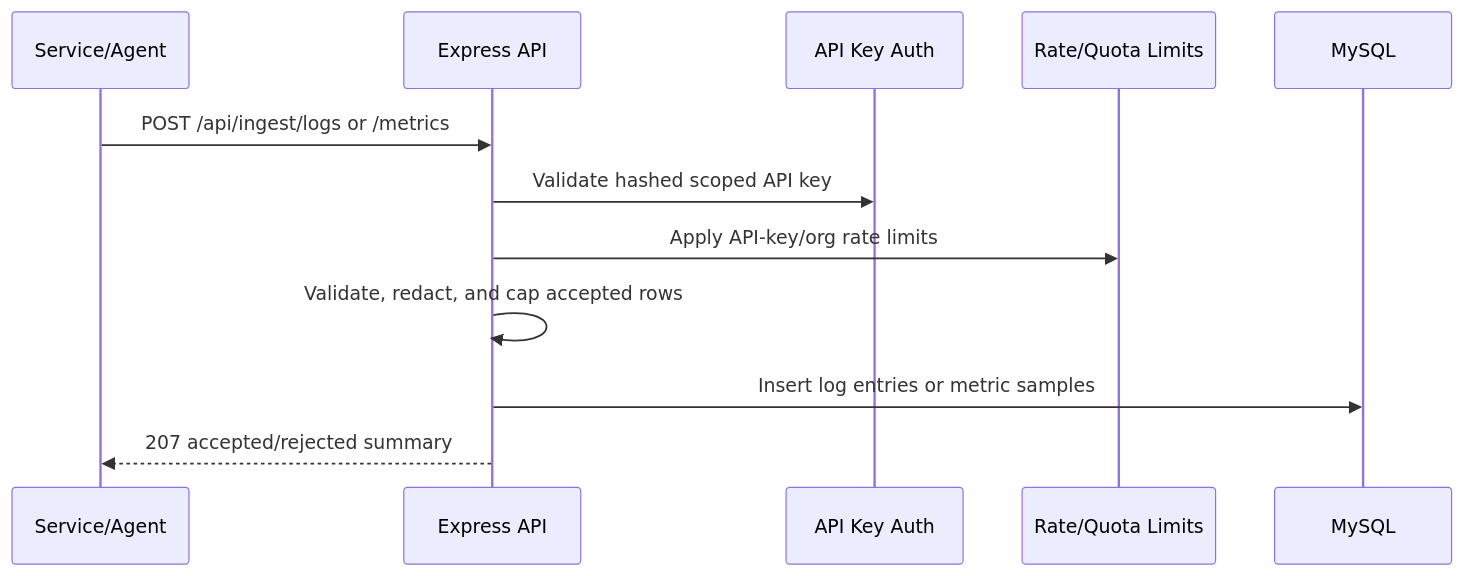
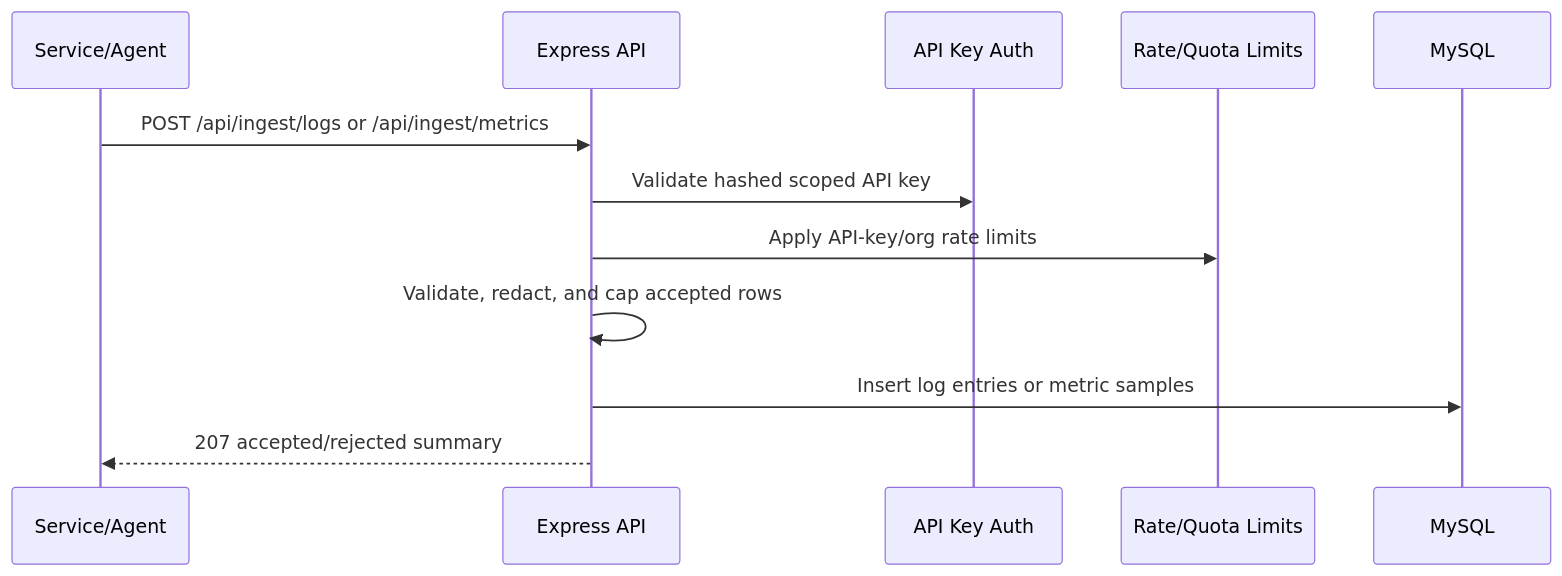
One commit to Sidroid08/system-monitor-main changed the third of 4 diagrams in README.md. Above: the diagram before and after it, drawn with Mermaid. The commit also changed other lines of this file and 8 other files, not shown here.

````diff
--- a/README.md
+++ b/README.md
@@ -158,15 +158,15 @@
 ```mermaid
 sequenceDiagram
   participant C as Service/Agent
   participant API as Express API
   participant K as API Key Auth
   participant L as Rate/Quota Limits
   participant DB as MySQL
 
-  C->>API: POST /api/ingest/logs or /metrics
+  C->>API: POST /api/ingest/logs or /api/ingest/metrics
   API->>K: Validate hashed scoped API key
   API->>L: Apply API-key/org rate limits
   API->>API: Validate, redact, and cap accepted rows
   API->>DB: Insert log entries or metric samples
   API-->>C: 207 accepted/rejected summary
 ```
````
